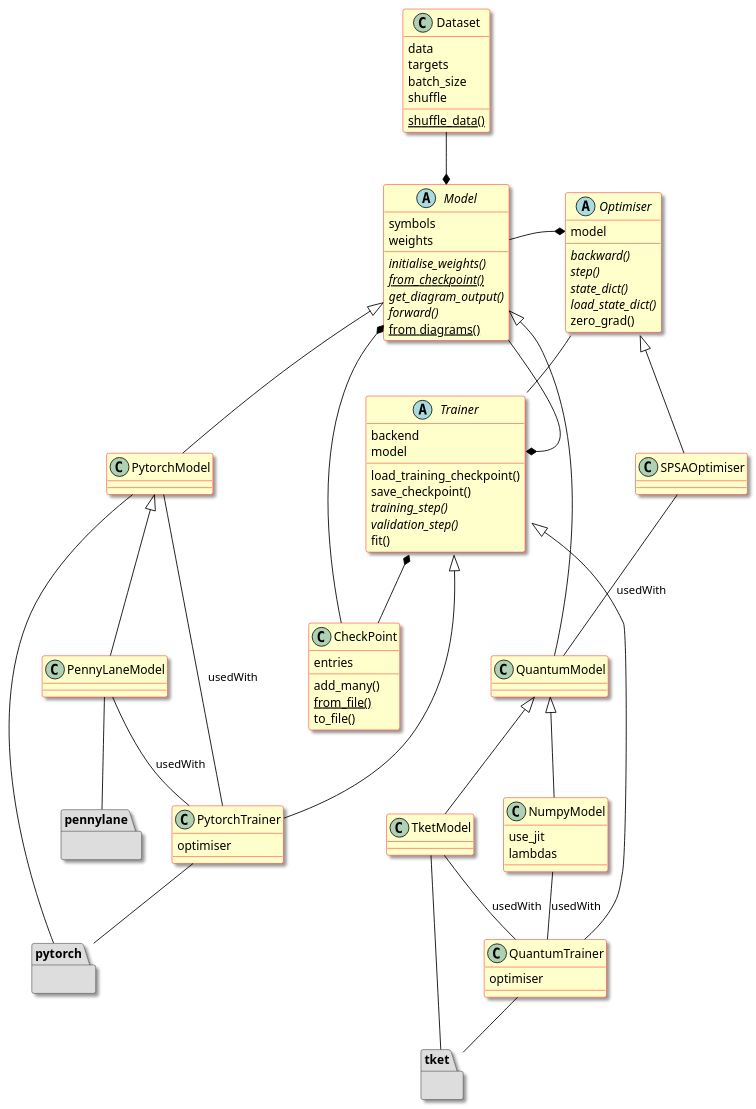
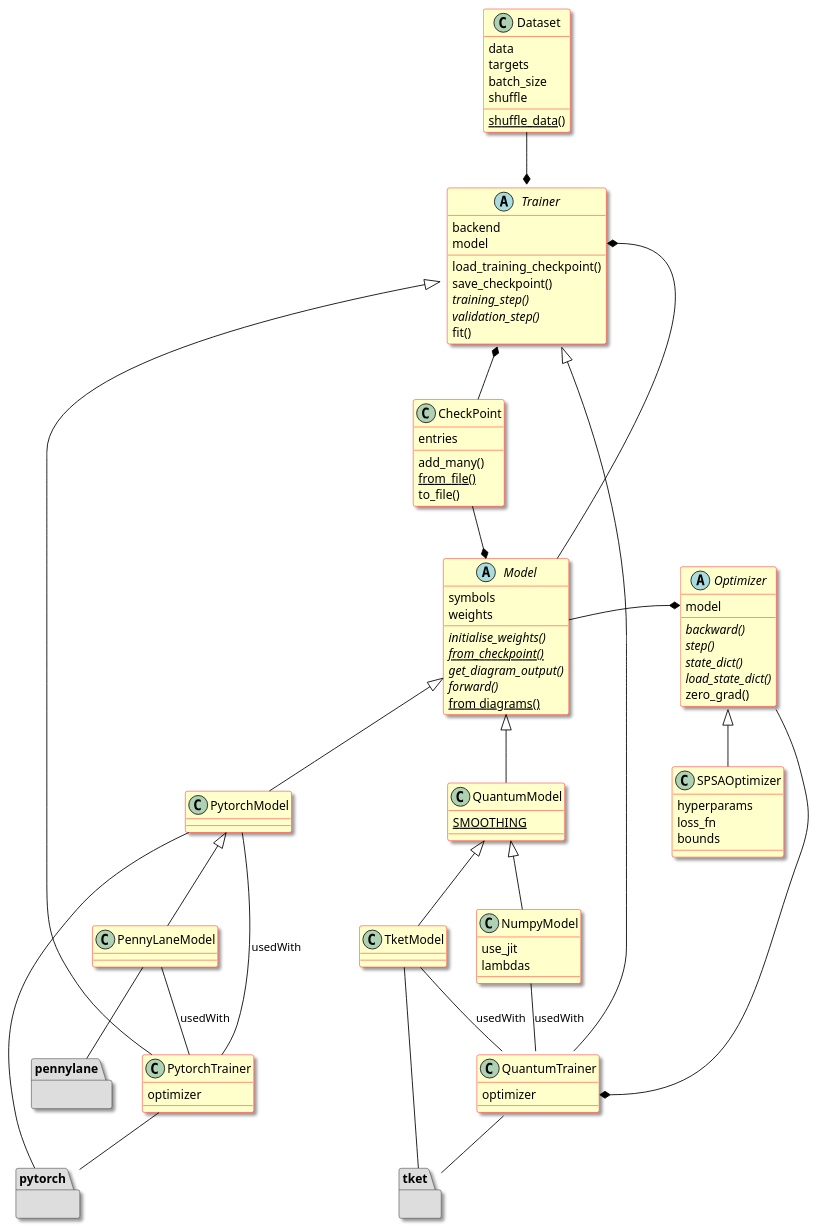
The diagram in docs/puml/training.puml (blakewilsonquantinuum/lambeq-public), drawn with PlantUML before and after one commit. The commit also changed 1 other file, not shown here.

Commit message:
UML: Improvements of the training package diagram (#393)

```diff
--- a/docs/puml/training.puml
+++ b/docs/puml/training.puml
@@ -1,108 +1,113 @@
 @startuml
 
 set namespaceseparator none
 skinparam dpi 96
 skinparam ArrowColor Black
 skinparam shadowing true
 skinparam class {
   backgroundColor Business
   borderColor Red
 }
 
 package pytorch #DDDDDD {}
 package tket #DDDDDD {}
 package pennylane #DDDDDD {}
 
 abstract class Model {
     symbols
     weights
     {abstract} initialise_weights()
     {abstract}{static} from_checkpoint()
     {abstract} get_diagram_output()
     {abstract} forward()
     {static} from diagrams()
 }
 
 abstract class Trainer {
     backend
     model
     load_training_checkpoint()
     save_checkpoint()
     {abstract} training_step()
     {abstract} validation_step()
     fit()
 }
 
-abstract class Optimiser {
+abstract class Optimizer {
     model
     {abstract} backward()
     {abstract} step()
     {abstract} state_dict()
     {abstract} load_state_dict()
     zero_grad()
 }
 
 class Dataset {
     data
     targets
     batch_size
     shuffle
     {static} shuffle_data()
 }
 
 class CheckPoint {
     entries
     add_many()
     {static} from_file()
     to_file()
 }
 
 class PytorchModel {}
 class PennyLaneModel {}
 class NumpyModel {
     use_jit
     lambdas
 }
 class TketModel {}
-class QuantumModel {}
+class QuantumModel {
+    {static} SMOOTHING
+}
 
 class QuantumTrainer {
-    optimiser
+    optimizer
 }
 
 class PytorchTrainer {
-    optimiser
+    optimizer
 }
 
-class SPSAOptimiser {}
+class SPSAOptimizer {
+    hyperparams
+    loss_fn
+    bounds
+}
 
 Model <|-- PytorchModel
 PytorchModel <|-- PennyLaneModel
 Model <|-- QuantumModel
 QuantumModel <|-- TketModel
 QuantumModel <|-- NumpyModel
 Trainer <|-- PytorchTrainer
 Trainer <|-- QuantumTrainer
 
-Optimiser <|-- SPSAOptimiser
+Optimizer <|-- SPSAOptimizer
 
 PennyLaneModel -- pennylane
 PytorchModel -- pytorch
 PytorchTrainer -- pytorch
 TketModel -- tket
 QuantumTrainer -- tket
 
 Trainer *-- CheckPoint
 CheckPoint --* Model
 Trainer::model *- Model
-Model *-u- Dataset
-Model -* Optimiser::model
-Optimiser -- Trainer
+Trainer *-u- Dataset
+Model -* Optimizer::model
+Optimizer -* QuantumTrainer::optimizer
 
 PennyLaneModel -- PytorchTrainer: usedWith
 PytorchModel -- PytorchTrainer: usedWith
 NumpyModel -- QuantumTrainer: usedWith
 TketModel -- QuantumTrainer: usedWith
-SPSAOptimiser -- QuantumModel: usedWith
 
 @enduml
```
